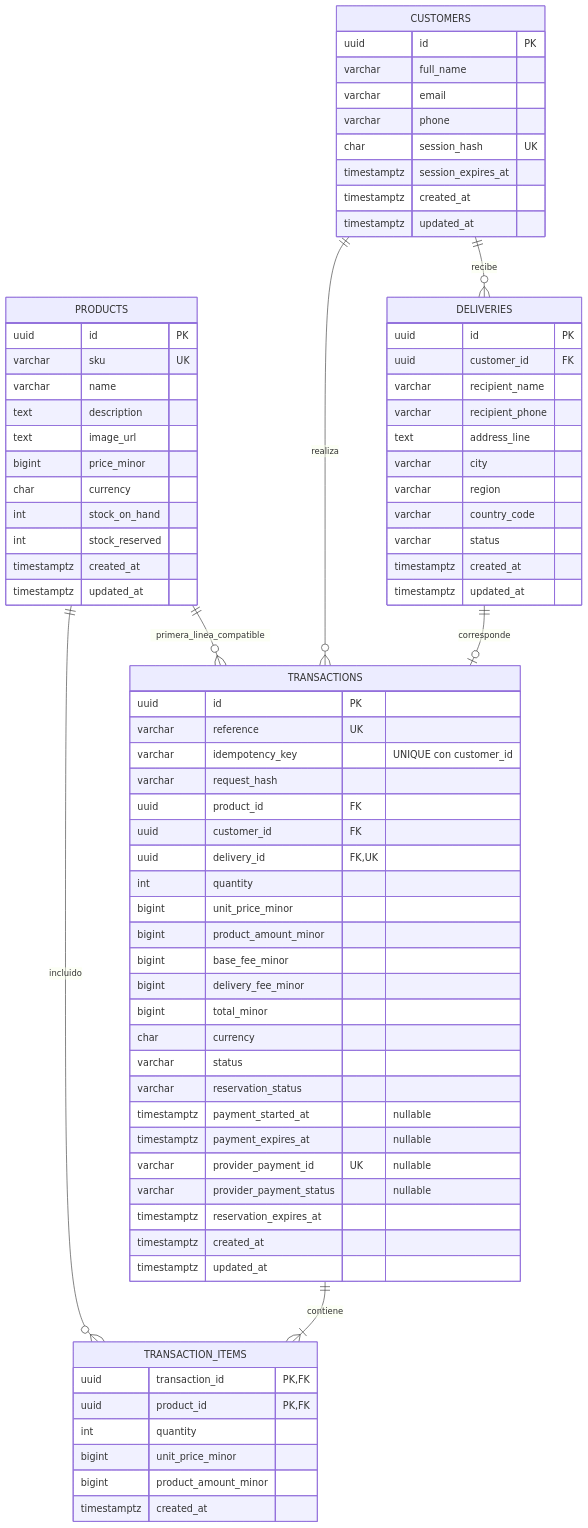
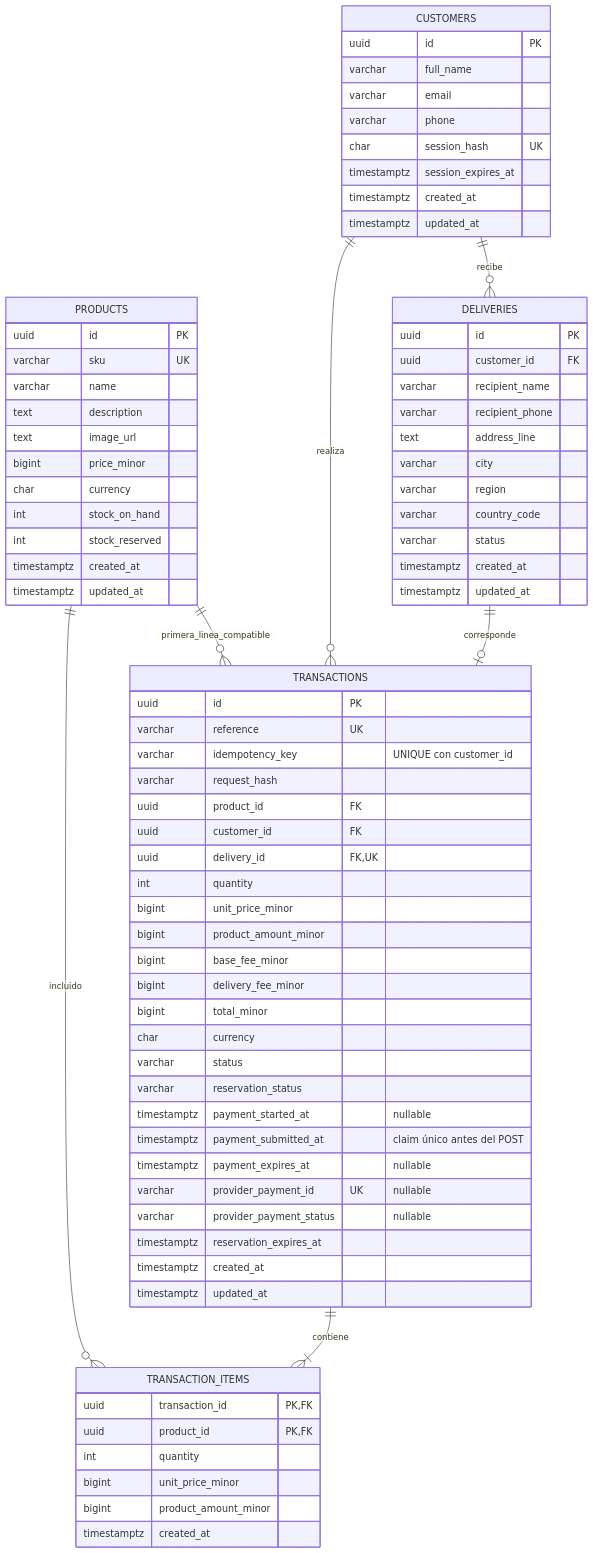
Before and after one commit to blush-atelier/blush-atelier-api: the diagram in docs/erd.mmd, drawn with Mermaid. The commit also changed 23 other files, not shown here.

```diff
--- a/docs/erd.mmd
+++ b/docs/erd.mmd
@@ -1,76 +1,77 @@
 erDiagram
     PRODUCTS ||--o{ TRANSACTIONS : primera_linea_compatible
     PRODUCTS ||--o{ TRANSACTION_ITEMS : incluido
     TRANSACTIONS ||--|{ TRANSACTION_ITEMS : contiene
     CUSTOMERS ||--o{ TRANSACTIONS : realiza
     CUSTOMERS ||--o{ DELIVERIES : recibe
     DELIVERIES ||--o| TRANSACTIONS : corresponde
     PRODUCTS {
         uuid id PK
         varchar sku UK
         varchar name
         text description
         text image_url
         bigint price_minor
         char currency
         int stock_on_hand
         int stock_reserved
         timestamptz created_at
         timestamptz updated_at
     }
     CUSTOMERS {
         uuid id PK
         varchar full_name
         varchar email
         varchar phone
         char session_hash UK
         timestamptz session_expires_at
         timestamptz created_at
         timestamptz updated_at
     }
     DELIVERIES {
         uuid id PK
         uuid customer_id FK
         varchar recipient_name
         varchar recipient_phone
         text address_line
         varchar city
         varchar region
         varchar country_code
         varchar status
         timestamptz created_at
         timestamptz updated_at
     }
     TRANSACTIONS {
         uuid id PK
         varchar reference UK
         varchar idempotency_key "UNIQUE con customer_id"
         varchar request_hash
         uuid product_id FK
         uuid customer_id FK
         uuid delivery_id FK,UK
         int quantity
         bigint unit_price_minor
         bigint product_amount_minor
         bigint base_fee_minor
         bigint delivery_fee_minor
         bigint total_minor
         char currency
         varchar status
         varchar reservation_status
         timestamptz payment_started_at "nullable"
+        timestamptz payment_submitted_at "claim único antes del POST"
         timestamptz payment_expires_at "nullable"
         varchar provider_payment_id UK "nullable"
         varchar provider_payment_status "nullable"
         timestamptz reservation_expires_at
         timestamptz created_at
         timestamptz updated_at
     }
     TRANSACTION_ITEMS {
         uuid transaction_id PK,FK
         uuid product_id PK,FK
         int quantity
         bigint unit_price_minor
         bigint product_amount_minor
         timestamptz created_at
     }
```
